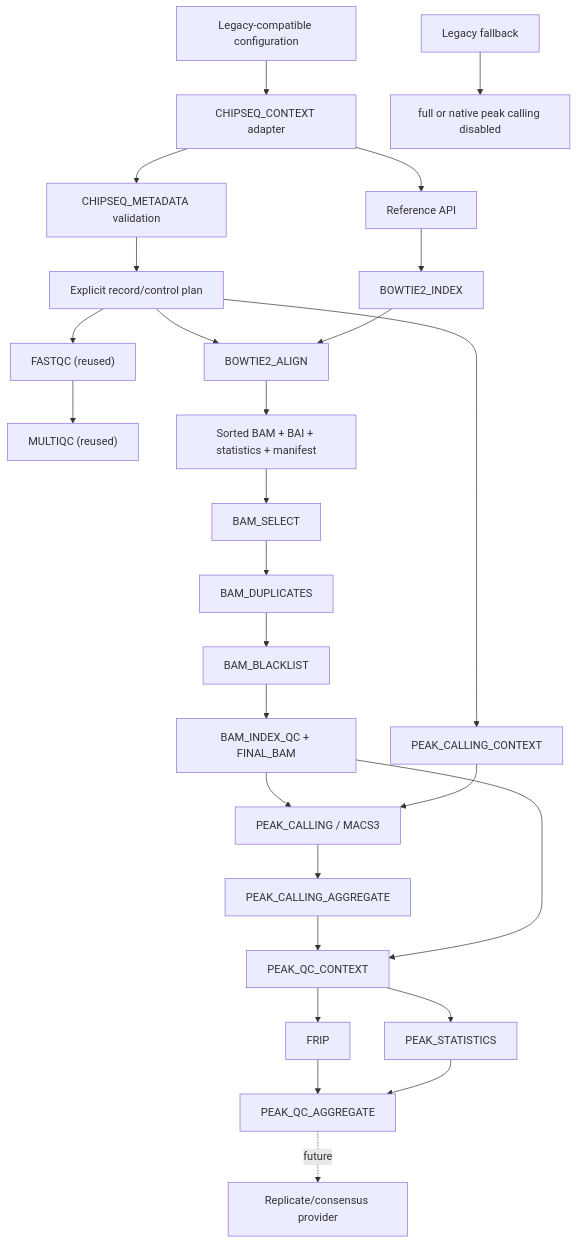
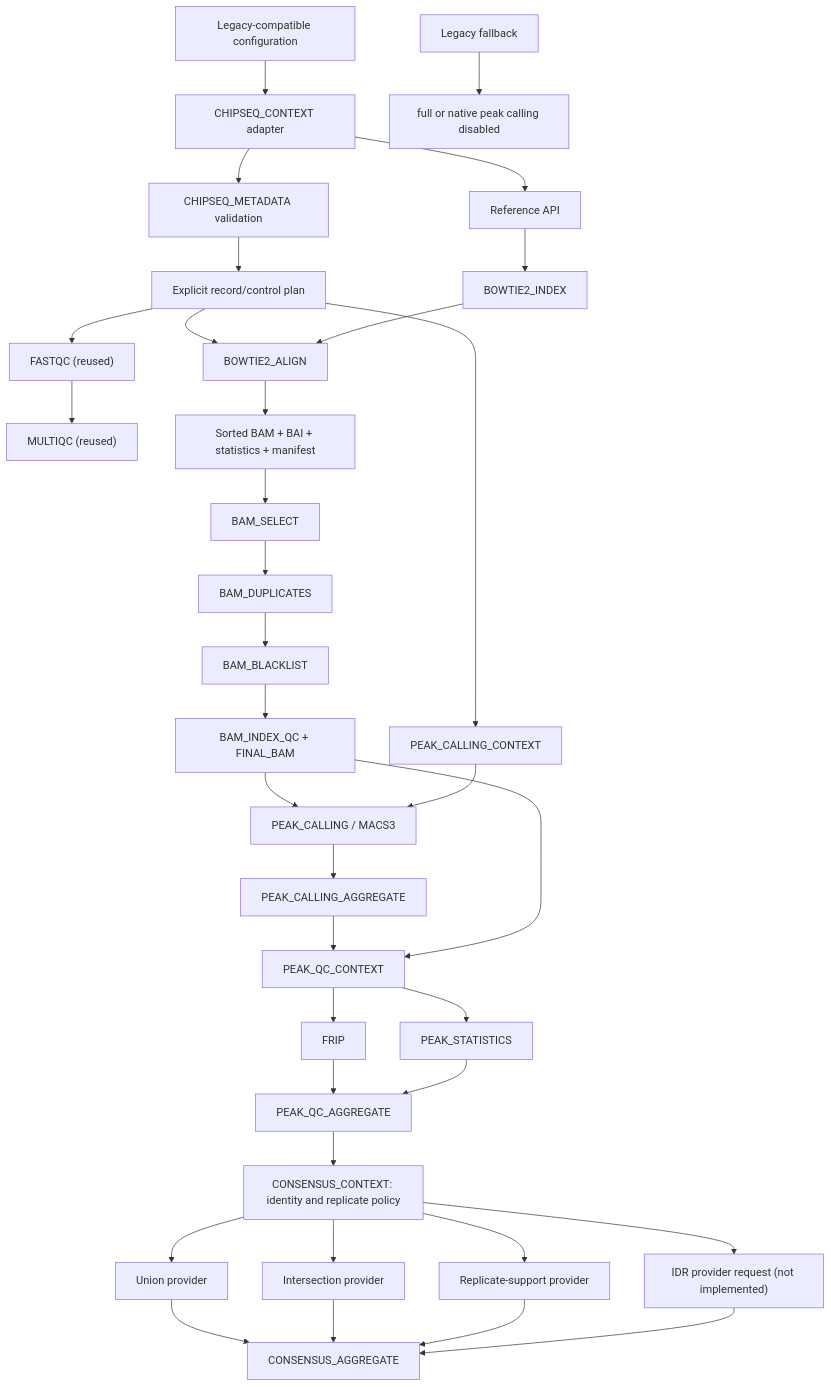
Before and after one commit to GMiguelAlves/HelixForge: the diagram in docs/chipseq-architecture.md, drawn with Mermaid. The commit also changed other lines of this file and 7 other files, not shown here.

Commit message:
Document consensus and IDR

````diff
--- a/docs/chipseq-architecture.md
+++ b/docs/chipseq-architecture.md
@@ -7,31 +7,39 @@
 ```mermaid
 flowchart TD
     CFG["Legacy-compatible configuration"] --> CTX["CHIPSEQ_CONTEXT adapter"]
     CTX --> META["CHIPSEQ_METADATA validation"]
     META --> PLAN["Explicit record/control plan"]
     PLAN --> FQ["FASTQC (reused)"]
     FQ --> MQ["MULTIQC (reused)"]
     CTX --> REF["Reference API"]
     REF --> BI["BOWTIE2_INDEX"]
     PLAN --> BA["BOWTIE2_ALIGN"]
     BI --> BA
     BA --> BAM["Sorted BAM + BAI + statistics + manifest"]
 
     BAM --> SEL["BAM_SELECT"]
     SEL --> DUP["BAM_DUPLICATES"]
     DUP --> BL["BAM_BLACKLIST"]
     BL --> FINAL["BAM_INDEX_QC + FINAL_BAM"]
     PLAN --> PCTX["PEAK_CALLING_CONTEXT"]
     FINAL --> PC["PEAK_CALLING / MACS3"]
     PCTX --> PC
     PC --> PAGG["PEAK_CALLING_AGGREGATE"]
     PAGG --> PQC["PEAK_QC_CONTEXT"]
     FINAL --> PQC
     PQC --> FRIP["FRIP"]
     PQC --> PSTAT["PEAK_STATISTICS"]
     FRIP --> QAGG["PEAK_QC_AGGREGATE"]
     PSTAT --> QAGG
-    QAGG -. future .-> CONS["Replicate/consensus provider"]
+    QAGG --> CCTX["CONSENSUS_CONTEXT: identity and replicate policy"]
+    CCTX --> UNION["Union provider"]
+    CCTX --> INTER["Intersection provider"]
+    CCTX --> SUPPORT["Replicate-support provider"]
+    CCTX --> IDR["IDR provider request (not implemented)"]
+    UNION --> CAGG["CONSENSUS_AGGREGATE"]
+    INTER --> CAGG
+    SUPPORT --> CAGG
+    IDR --> CAGG
 
     LEG["Legacy fallback"] --> FULL["full or native peak calling disabled"]
 ```
````
